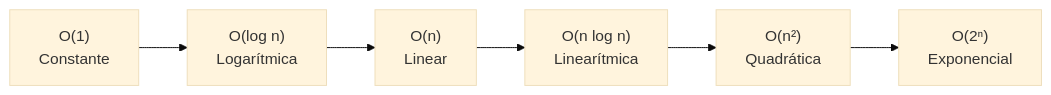
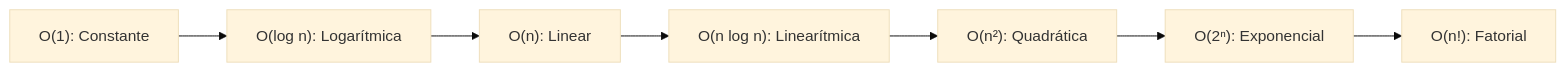
Before and after one commit to murilolol/unifef: the tenth of 27 diagrams in 4º Semestre/[Prof. Wesley Soares] Estrutura de Dados I/Resumos-IA/Caderno-Consolidado.md, drawn with Mermaid (base theme). The commit also changed other lines of this file and 40 other files, not shown here.

````diff
--- a/4º Semestre/[Prof. Wesley Soares] Estrutura de Dados I/Resumos-IA/Caderno-Consolidado.md
+++ b/4º Semestre/[Prof. Wesley Soares] Estrutura de Dados I/Resumos-IA/Caderno-Consolidado.md
@@ -408,8 +480,10 @@
 ```mermaid
 flowchart LR
-    O1["O(1)<br>Constante"] --> Ologn["O(log n)<br>Logarítmica"]
-    Ologn --> On["O(n)<br>Linear"]
-    On --> Onlogn["O(n log n)<br>Linearítmica"]
-    Onlogn --> On2["O(n²)<br>Quadrática"]
-    On2 --> Oexp["O(2ⁿ)<br>Exponencial"]
+    direction LR
+    O1["O(1): Constante"] --> Ologn["O(log n): Logarítmica"]
+    Ologn --> On["O(n): Linear"]
+    On --> Onlogn["O(n log n): Linearítmica"]
+    Onlogn --> On2["O(n²): Quadrática"]
+    On2 --> O2n["O(2ⁿ): Exponencial"]
+    O2n --> OnFat["O(n!): Fatorial"]
 ```
````
